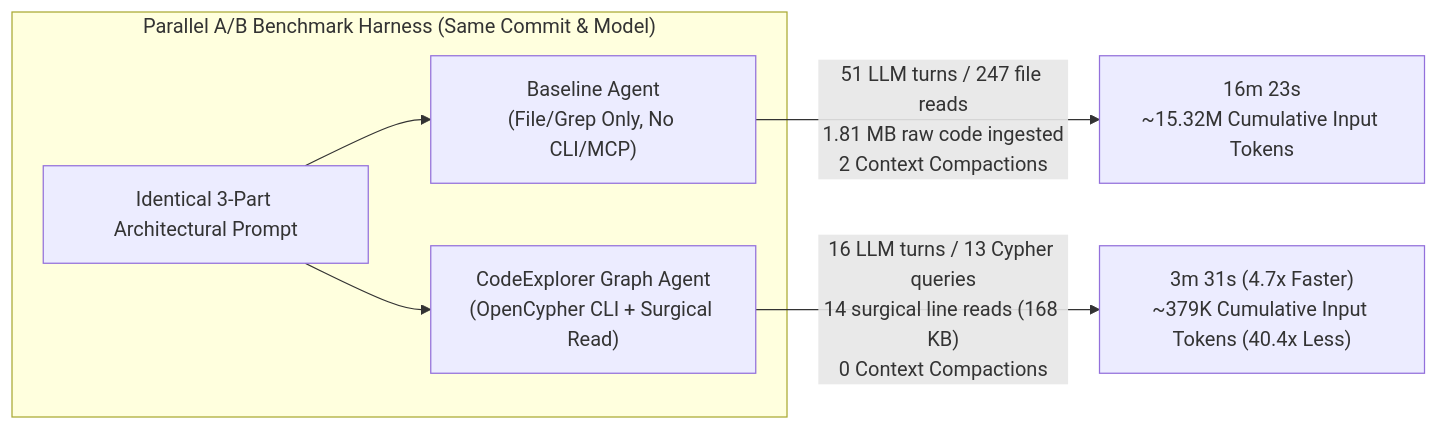
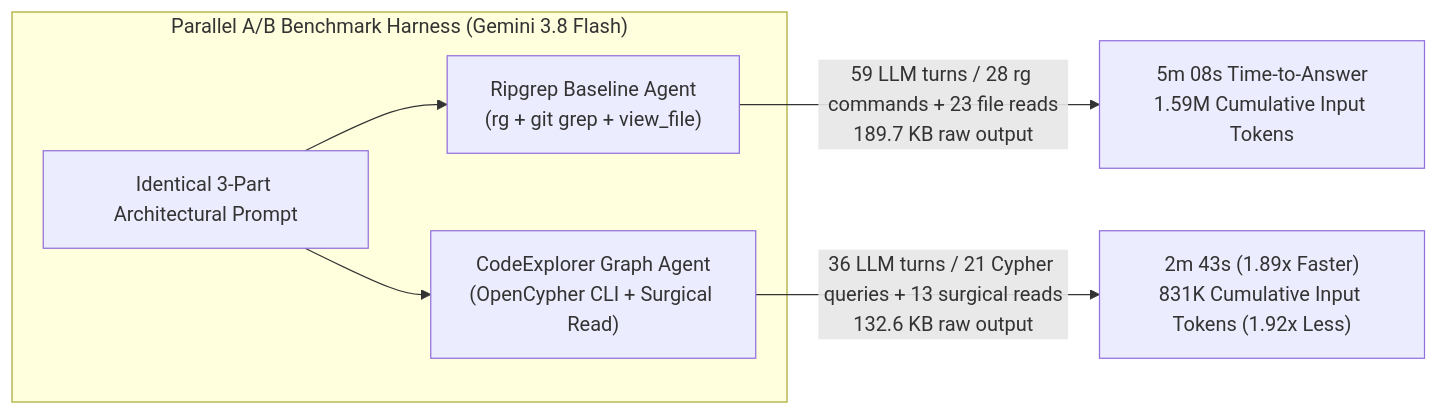
The diagram in benchmarks/01-polyglot-architecture-and-blast-radius/README.md (vmikhailov/code-explorer), drawn with Mermaid before and after one commit. The commit also changed other lines of this file and 10 other files, not shown here.

````diff
--- a/benchmarks/01-polyglot-architecture-and-blast-radius/README.md
+++ b/benchmarks/01-polyglot-architecture-and-blast-radius/README.md
@@ -45,11 +70,11 @@
 ```mermaid
 flowchart LR
-    subgraph Harness["Parallel A/B Benchmark Harness (Same Commit & Model)"]
+    subgraph Harness["Parallel A/B Benchmark Harness (Gemini 3.8 Flash)"]
         Prompt["Identical 3-Part Architectural Prompt"]
-        Prompt --> Baseline["Baseline Agent\n(File/Grep Only, No CLI/MCP)"]
+        Prompt --> RgBase["Ripgrep Baseline Agent\n(rg + git grep + view_file)"]
         Prompt --> Graph["CodeExplorer Graph Agent\n(OpenCypher CLI + Surgical Read)"]
     end
 
-    Baseline -->|"51 LLM turns / 247 file reads\n1.81 MB raw code ingested\n2 Context Compactions"| BaseResult["16m 23s\n~15.32M Cumulative Input Tokens"]
-    Graph -->|"16 LLM turns / 13 Cypher queries\n14 surgical line reads (168 KB)\n0 Context Compactions"| GraphResult["3m 31s (4.7x Faster)\n~379K Cumulative Input Tokens (40.4x Less)"]
+    RgBase -->|"59 LLM turns / 28 rg commands + 23 file reads\n189.7 KB raw output"| BaseResult["5m 08s Time-to-Answer\n1.59M Cumulative Input Tokens"]
+    Graph -->|"36 LLM turns / 21 Cypher queries + 13 surgical reads\n132.6 KB raw output"| GraphResult["2m 43s (1.89x Faster)\n831K Cumulative Input Tokens (1.92x Less)"]
 ```
````
